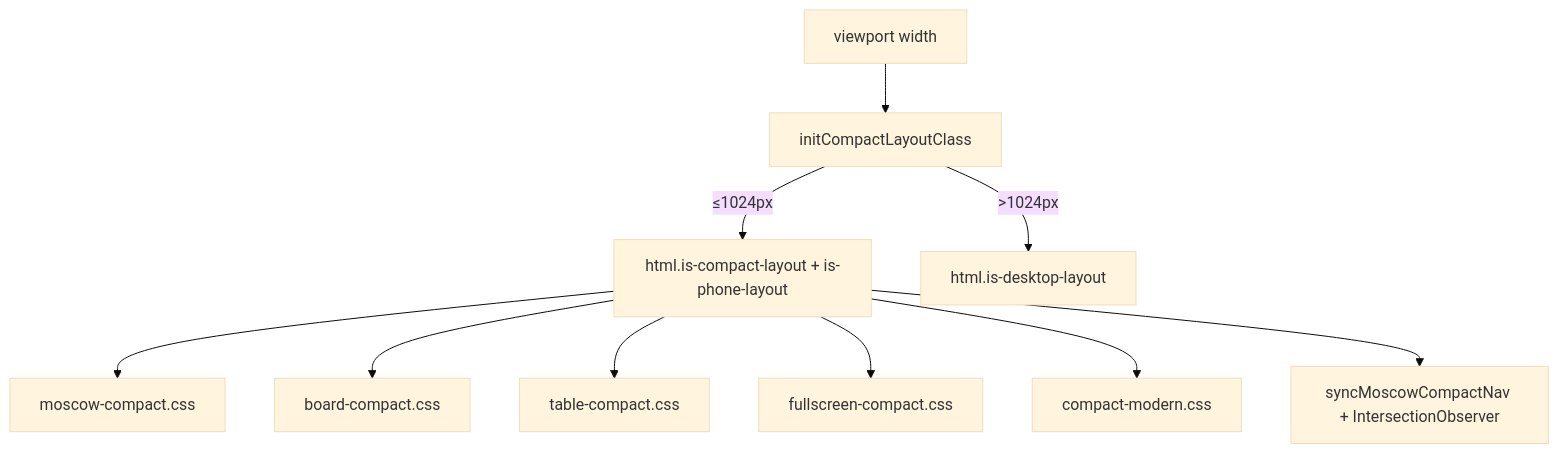
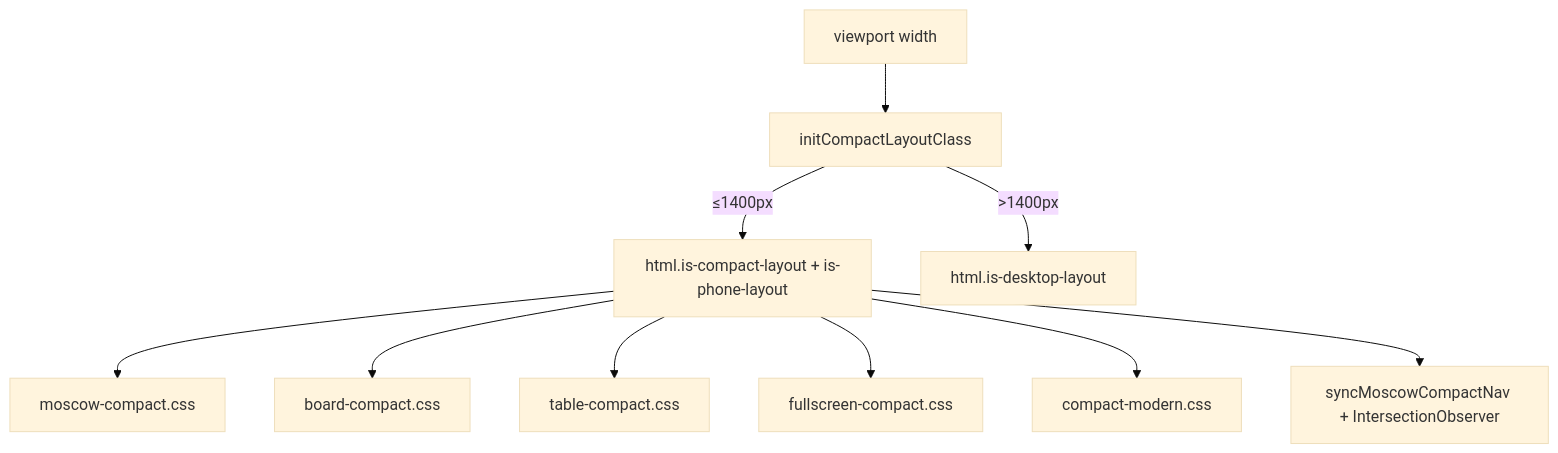
The seventh of 7 diagrams in docs/VARIABLES.md (RifqiMT/pm-prioritization-tool), drawn with Mermaid (base theme) before and after one commit. The commit also changed other lines of this file and 27 other files, not shown here.

First line of the commit message:
feat(ui): unified compact layout, table cards, EU countries, and tooltip polish (ui131)

````diff
--- a/docs/VARIABLES.md
+++ b/docs/VARIABLES.md
@@ -268,12 +270,12 @@
 ```mermaid
 flowchart TD
   VW[viewport width] --> INIT[initCompactLayoutClass]
-  INIT -->|≤1024px| COMPACT[html.is-compact-layout + is-phone-layout]
-  INIT -->|>1024px| DESK[html.is-desktop-layout]
+  INIT -->|≤1400px| COMPACT[html.is-compact-layout + is-phone-layout]
+  INIT -->|>1400px| DESK[html.is-desktop-layout]
   COMPACT --> MCSS[moscow-compact.css]
   COMPACT --> BCSS[board-compact.css]
   COMPACT --> TCSS[table-compact.css]
   COMPACT --> FCCSS[fullscreen-compact.css]
   COMPACT --> CM[compact-modern.css]
   COMPACT --> NAV[syncMoscowCompactNav + IntersectionObserver]
 ```
````
